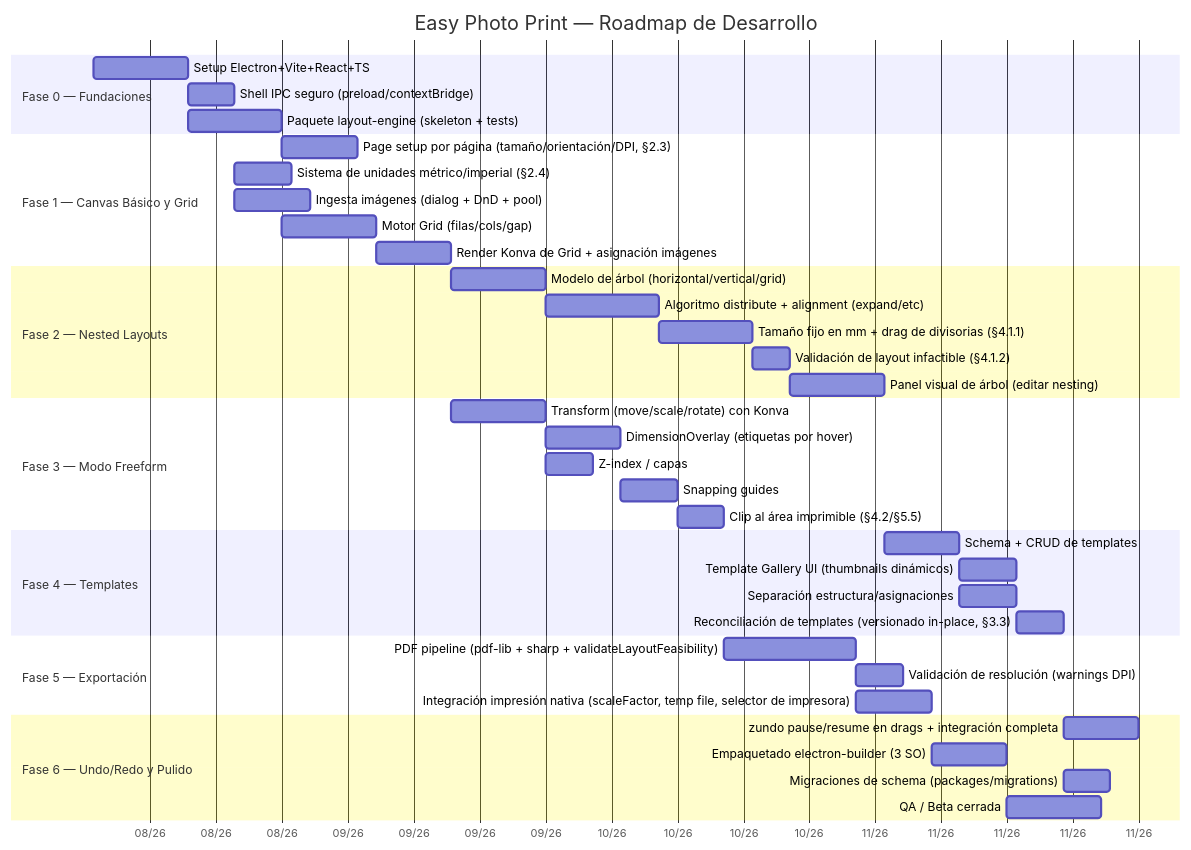
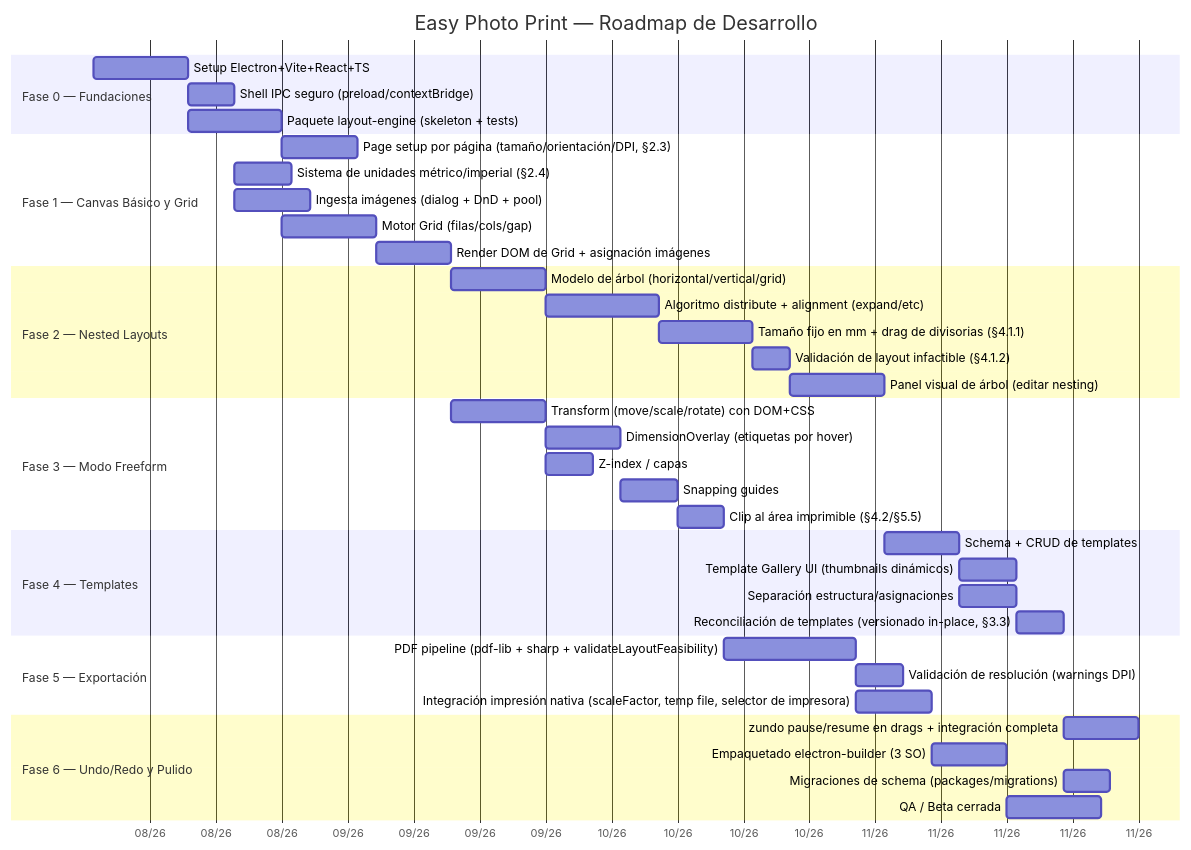
One commit to exe4que/EasyPhotoPrint changed the sixth of 7 diagrams in OPENSPEC.md. Above: the diagram before and after it, drawn with Mermaid. The commit also changed other lines of this file and 9 other files, not shown here.

````diff
--- a/OPENSPEC.md
+++ b/OPENSPEC.md
@@ -1077,49 +1079,49 @@
 ```mermaid
 gantt
     title Easy Photo Print — Roadmap de Desarrollo
     dateFormat  YYYY-MM-DD
     axisFormat  %m/%y
 
     section Fase 0 — Fundaciones
     Setup Electron+Vite+React+TS       :f0a, 2026-08-10, 10d
     Shell IPC seguro (preload/contextBridge) :f0b, after f0a, 5d
     Paquete layout-engine (skeleton + tests) :f0c, after f0a, 10d
 
     section Fase 1 — Canvas Básico y Grid
     Page setup por página (tamaño/orientación/DPI, §2.3) :f1a, after f0c, 8d
     Sistema de unidades métrico/imperial (§2.4) :f1e, after f0b, 6d
     Ingesta imágenes (dialog + DnD + pool)   :f1b, after f0b, 8d
     Motor Grid (filas/cols/gap)              :f1c, after f0c, 10d
-    Render Konva de Grid + asignación imágenes :f1d, after f1c, 8d
+    Render DOM de Grid + asignación imágenes :f1d, after f1c, 8d
 
     section Fase 2 — Nested Layouts
     Modelo de árbol (horizontal/vertical/grid) :f2a, after f1d, 10d
     Algoritmo distribute + alignment (expand/etc) :f2b, after f2a, 12d
     Tamaño fijo en mm + drag de divisorias (§4.1.1) :f2c, after f2b, 10d
     Validación de layout infactible (§4.1.2) :f2d, after f2c, 4d
     Panel visual de árbol (editar nesting)   :f2e, after f2d, 10d
 
     section Fase 3 — Modo Freeform
-    Transform (move/scale/rotate) con Konva  :f3a, after f1d, 10d
+    Transform (move/scale/rotate) con DOM+CSS :f3a, after f1d, 10d
     DimensionOverlay (etiquetas por hover)   :f3b, after f3a, 8d
     Z-index / capas                          :f3c, after f3a, 5d
     Snapping guides                          :f3d, after f3b, 6d
     Clip al área imprimible (§4.2/§5.5)      :f3e, after f3d, 5d
 
     section Fase 4 — Templates
     Schema + CRUD de templates               :f4a, after f2e, 8d
     Template Gallery UI (thumbnails dinámicos) :f4b, after f4a, 6d
     Separación estructura/asignaciones       :f4c, after f4a, 6d
     Reconciliación de templates (versionado in-place, §3.3) :f4d, after f4c, 5d
 
     section Fase 5 — Exportación
     PDF pipeline (pdf-lib + sharp + validateLayoutFeasibility) :f5a, after f3e, 14d
     Validación de resolución (warnings DPI)  :f5b, after f5a, 5d
     Integración impresión nativa (scaleFactor, temp file, selector de impresora) :f5c, after f5a, 8d
 
     section Fase 6 — Undo/Redo y Pulido
     zundo pause/resume en drags + integración completa :f6a, after f4d, 8d
     Empaquetado electron-builder (3 SO)      :f6b, after f5c, 8d
     Migraciones de schema (packages/migrations) :f6c, after f4d, 5d
     QA / Beta cerrada                        :f6d, after f6b, 10d
 ```
````
